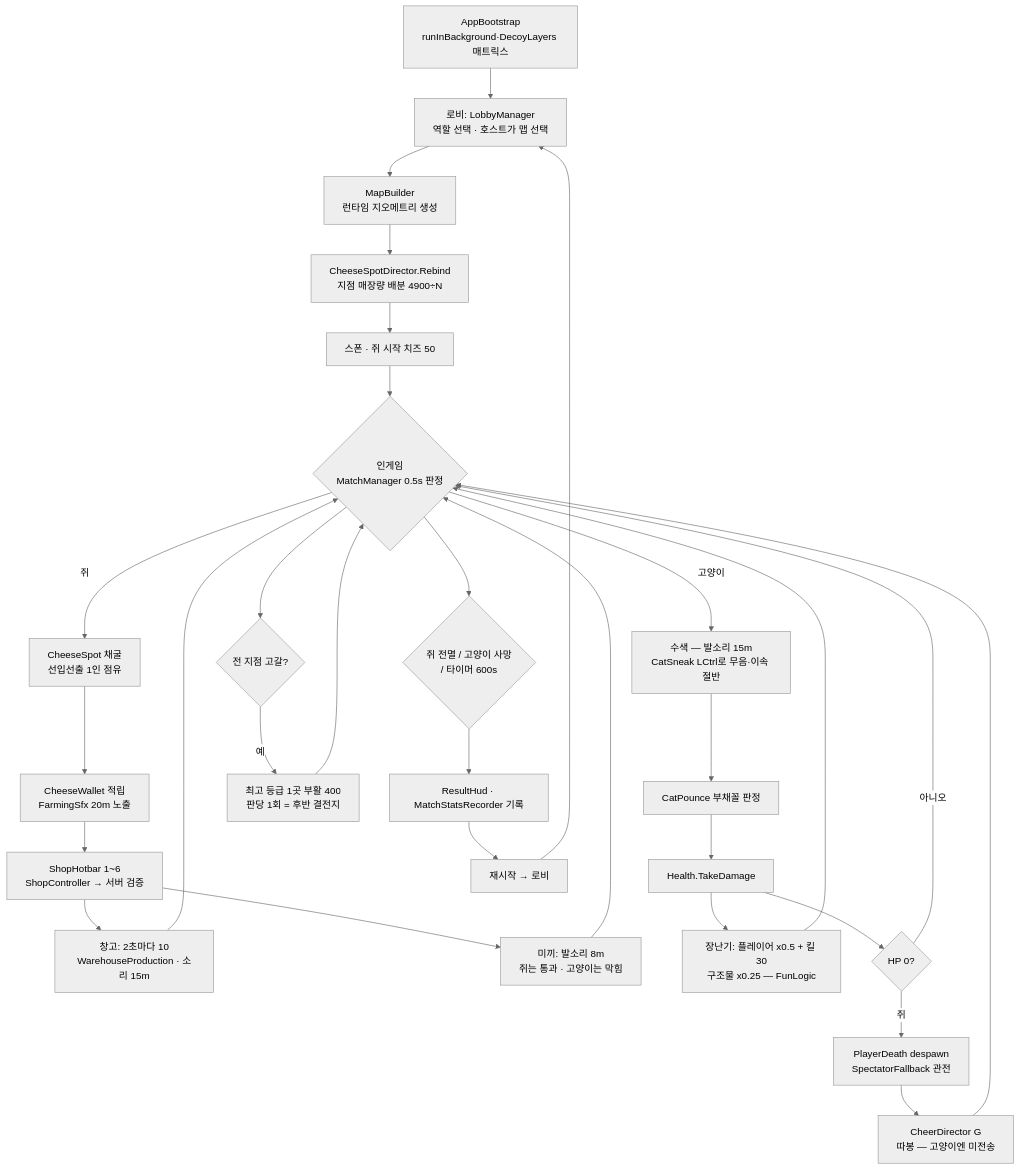
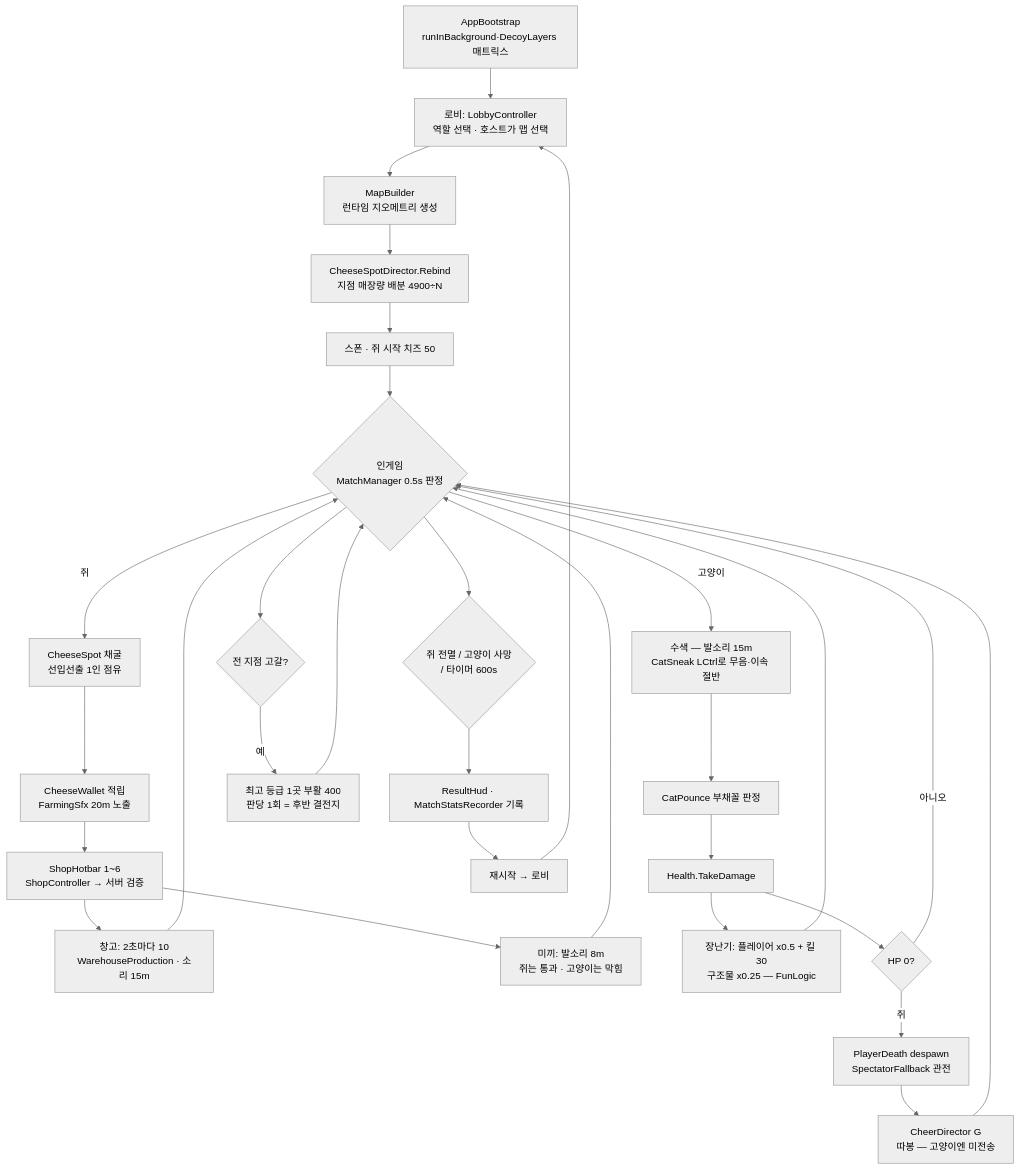
The first of 6 diagrams in CTC/docs/design-vault/코드 다이어그램.md (JeahanPark/The-Cheese-Thief-and-the-Cat), drawn with Mermaid (neutral theme) before and after one commit. The commit also changed other lines of this file and 2 other files, not shown here.

````diff
--- a/CTC/docs/design-vault/코드 다이어그램.md
+++ b/CTC/docs/design-vault/코드 다이어그램.md
@@ -10,38 +10,38 @@
 ```mermaid
 flowchart TD
     Boot[AppBootstrap<br/>runInBackground·DecoyLayers 매트릭스] --> Lobby
 
-    Lobby[로비: LobbyManager<br/>역할 선택 · 호스트가 맵 선택] --> Build[MapBuilder<br/>런타임 지오메트리 생성]
+    Lobby[로비: LobbyController<br/>역할 선택 · 호스트가 맵 선택] --> Build[MapBuilder<br/>런타임 지오메트리 생성]
     Build --> Rebind[CheeseSpotDirector.Rebind<br/>지점 매장량 배분 4900÷N]
     Rebind --> Spawn[스폰 · 쥐 시작 치즈 50]
     Spawn --> Loop{인게임<br/>MatchManager 0.5s 판정}
 
     Loop -->|쥐| Farm[CheeseSpot 채굴<br/>선입선출 1인 점유]
     Farm --> Wallet[CheeseWallet 적립<br/>FarmingSfx 20m 노출]
     Wallet --> Buy[ShopHotbar 1~6<br/>ShopController → 서버 검증]
     Buy --> Ware[창고: 2초마다 10<br/>WarehouseProduction · 소리 15m]
     Buy --> Decoy[미끼: 발소리 8m<br/>쥐는 통과 · 고양이는 막힘]
     Ware --> Loop
     Decoy --> Loop
 
     Loop -->|고양이| Hunt[수색 — 발소리 15m<br/>CatSneak LCtrl로 무음·이속 절반]
     Hunt --> Pounce[CatPounce 부채꼴 판정]
     Pounce --> Dmg[Health.TakeDamage]
     Dmg --> Fun[장난기: 플레이어 x0.5 + 킬 30<br/>구조물 x0.25 — FunLogic]
     Fun --> Loop
 
     Dmg --> Dead{HP 0?}
     Dead -->|쥐| Out[PlayerDeath despawn<br/>SpectatorFallback 관전]
     Out --> Cheer[CheerDirector G<br/>따봉 — 고양이엔 미전송]
     Cheer --> Loop
     Dead -->|아니오| Loop
 
     Loop --> Dry{전 지점 고갈?}
     Dry -->|예| Revive[최고 등급 1곳 부활 400<br/>판당 1회 = 후반 결전지]
     Revive --> Loop
 
     Loop --> End{쥐 전멸 / 고양이 사망<br/>/ 타이머 600s}
     End --> Result[ResultHud · MatchStatsRecorder 기록]
     Result --> Restart[재시작 → 로비]
     Restart --> Lobby
 ```
````
